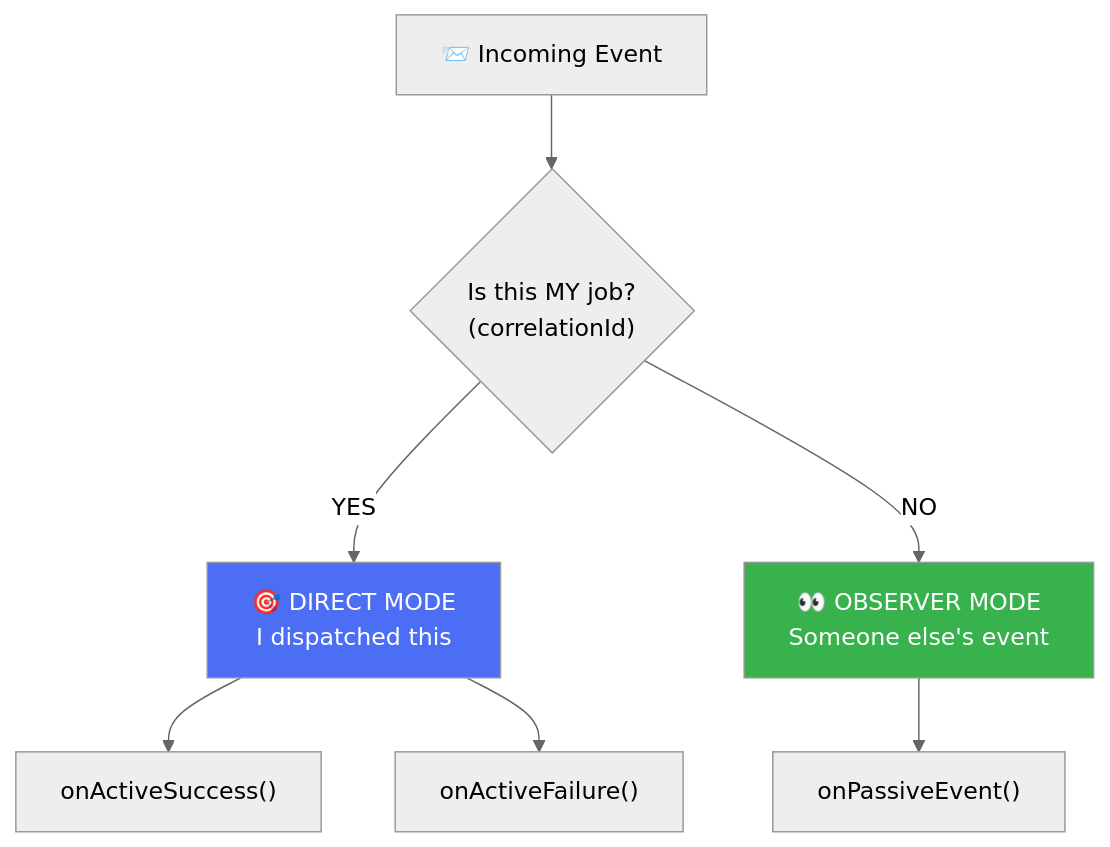
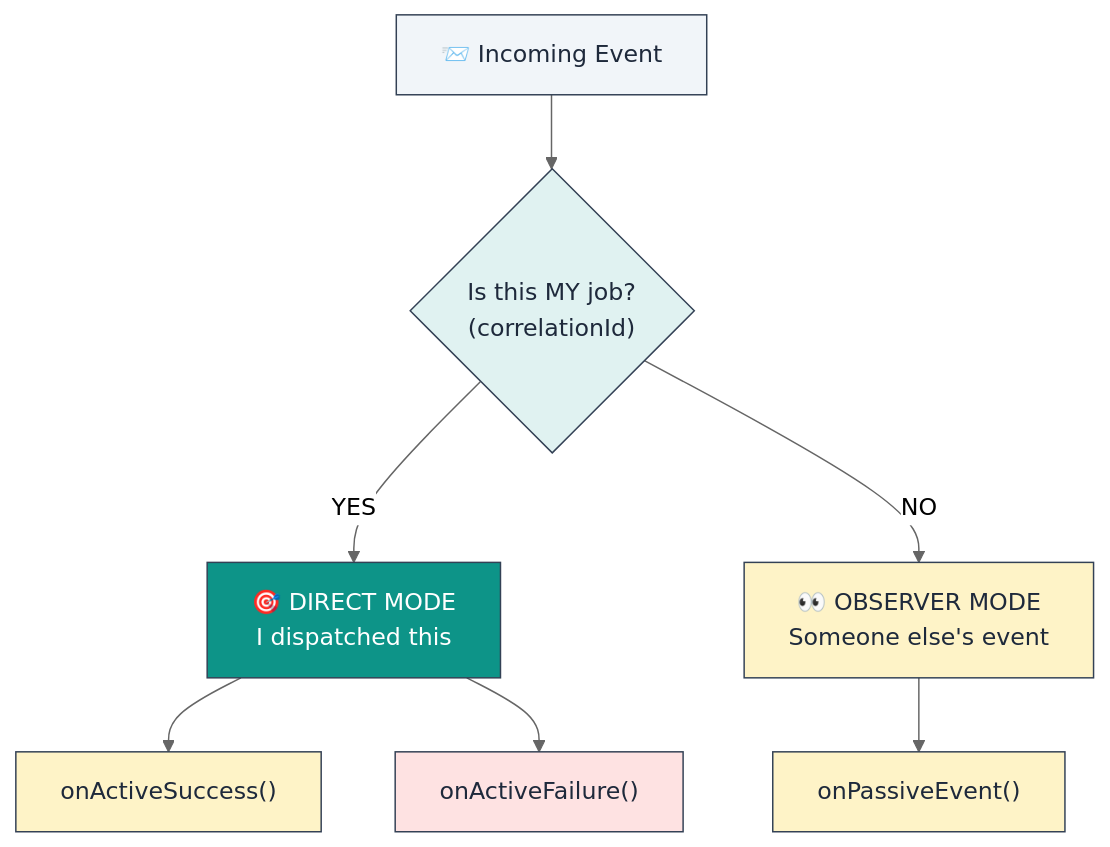
One commit to lploc94/flutter_orchestrator changed the ninth of 11 diagrams in book/chapters/02_architecture_concepts.md. Above: the diagram before and after it, drawn with Mermaid (neutral theme). The commit also changed other lines of this file and 3 other files, not shown here.

````diff
--- a/book/chapters/02_architecture_concepts.md
+++ b/book/chapters/02_architecture_concepts.md
@@ -242,16 +285,21 @@
 ```mermaid
 graph TB
     Event["📨 Incoming Event"]
     
     Event --> Check{"Is this MY job?<br/>(correlationId)"}
     
     Check -->|"YES"| Direct["🎯 DIRECT MODE<br/>I dispatched this"]
     Check -->|"NO"| Observer["👀 OBSERVER MODE<br/>Someone else's event"]
     
     Direct --> OnSuccess["onActiveSuccess()"]
     Direct --> OnFailure["onActiveFailure()"]
     Observer --> OnPassive["onPassiveEvent()"]
     
-    style Direct fill:#4c6ef5,color:#fff
-    style Observer fill:#37b24d,color:#fff
+    style Event fill:#f1f5f9,stroke:#334155,color:#1e293b
+    style Check fill:#e0f2f1,stroke:#334155,color:#1e293b
+    style Direct fill:#0d9488,stroke:#334155,color:#ffffff
+    style Observer fill:#fef3c7,stroke:#334155,color:#1e293b
+    style OnSuccess fill:#fef3c7,stroke:#334155,color:#1e293b
+    style OnFailure fill:#fee2e2,stroke:#334155,color:#1e293b
+    style OnPassive fill:#fef3c7,stroke:#334155,color:#1e293b
 ```
````
